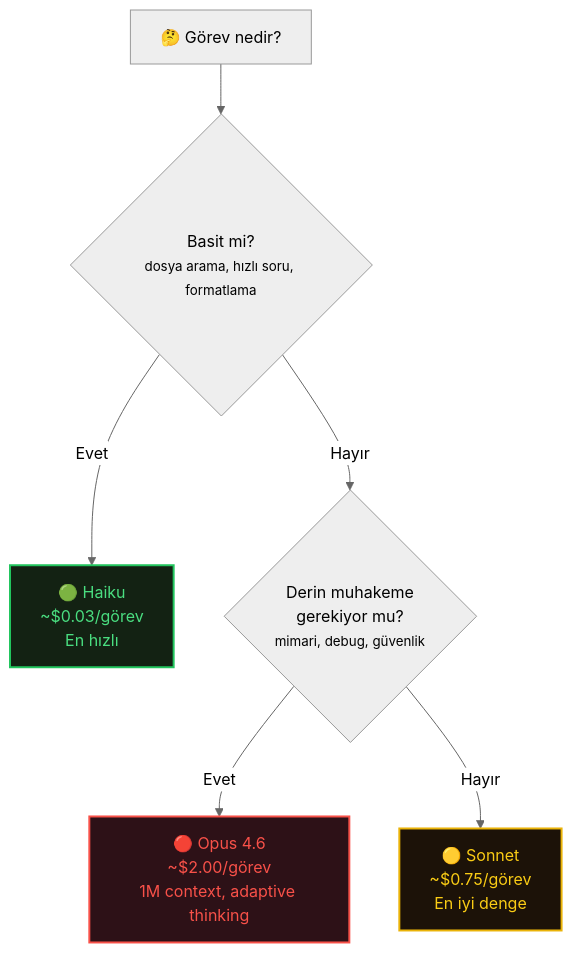
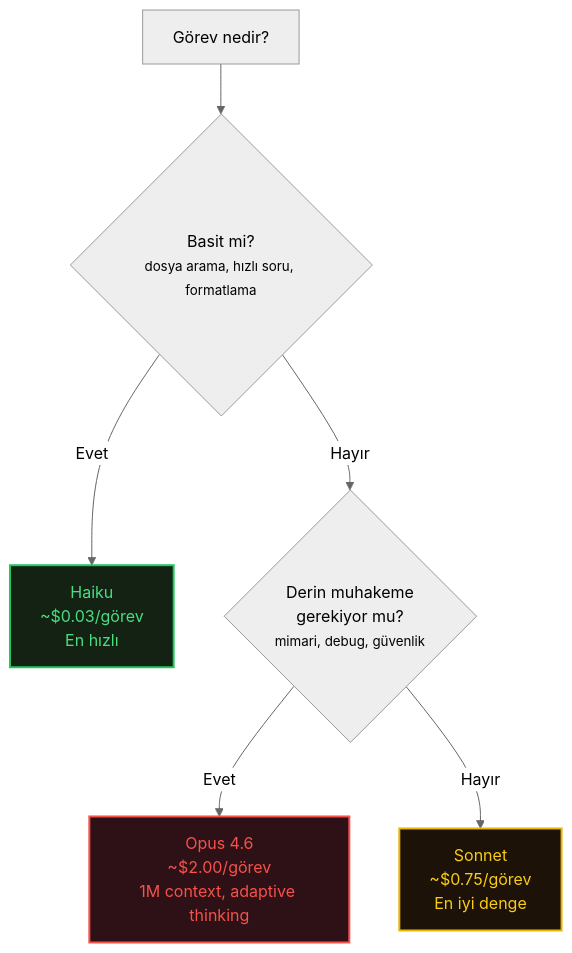
One commit to alperhankendi/claude-code-mastery changed the first of 7 diagrams in 03-Decision-Framework.md. Above: the diagram before and after it, drawn with Mermaid (neutral theme). The commit also changed other lines of this file and 8 other files, not shown here.

````diff
--- a/03-Decision-Framework.md
+++ b/03-Decision-Framework.md
@@ -7,12 +7,12 @@
 ```mermaid
 graph TD
-    START["🤔 Görev nedir?"] --> SIMPLE{"Basit mi?<br/><small>dosya arama, hızlı soru, formatlama</small>"}
-    SIMPLE -- "Evet" --> HAIKU["🟢 Haiku<br/>~$0.03/görev<br/>En hızlı"]
+    START["Görev nedir?"] --> SIMPLE{"Basit mi?<br/><small>dosya arama, hızlı soru, formatlama</small>"}
+    SIMPLE -- "Evet" --> HAIKU["Haiku<br/>~$0.03/görev<br/>En hızlı"]
     SIMPLE -- "Hayır" --> DEEP{"Derin muhakeme<br/>gerekiyor mu?<br/><small>mimari, debug, güvenlik</small>"}
-    DEEP -- "Evet" --> OPUS["🔴 Opus 4.6<br/>~$2.00/görev<br/>1M context, adaptive thinking"]
-    DEEP -- "Hayır" --> SONNET["🟡 Sonnet<br/>~$0.75/görev<br/>En iyi denge"]
+    DEEP -- "Evet" --> OPUS["Opus 4.6<br/>~$2.00/görev<br/>1M context, adaptive thinking"]
+    DEEP -- "Hayır" --> SONNET["Sonnet<br/>~$0.75/görev<br/>En iyi denge"]
 
     style HAIKU fill:#132213,stroke:#22c55e,stroke-width:2px,color:#4ade80
     style SONNET fill:#1c1208,stroke:#eab308,stroke-width:2px,color:#facc15
     style OPUS fill:#2d1117,stroke:#f85149,stroke-width:2px,color:#f85149
 ```
````
